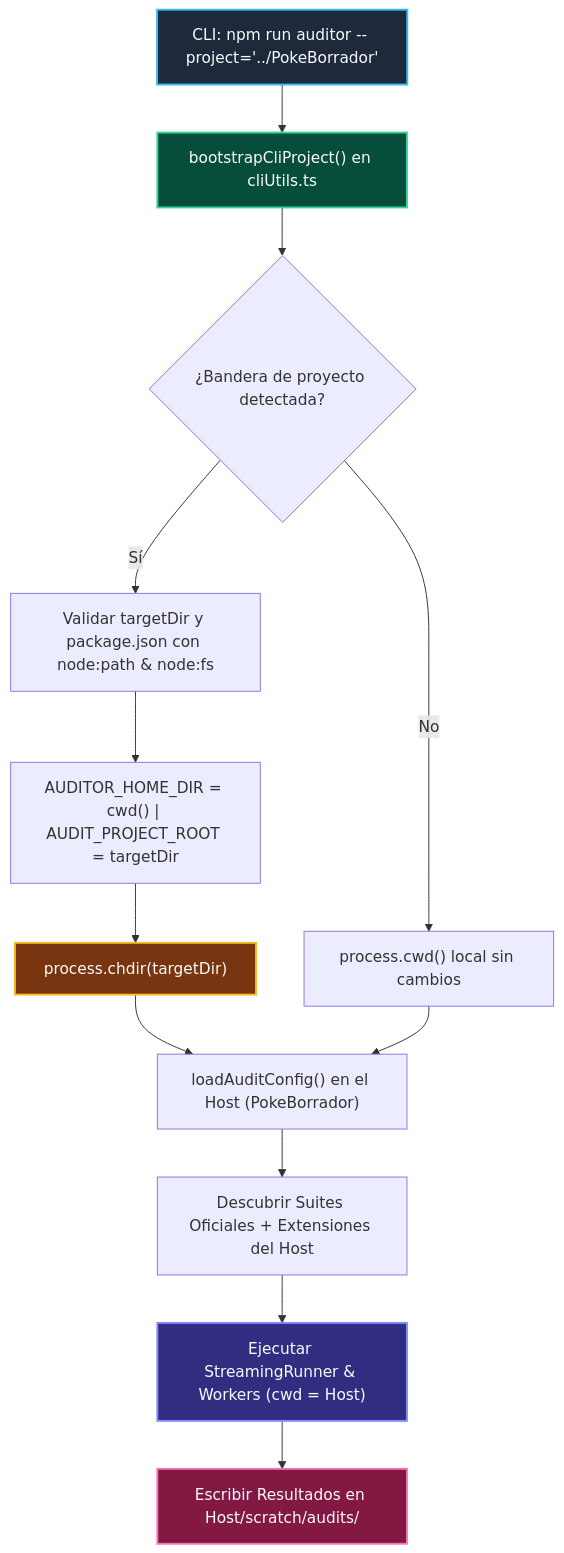
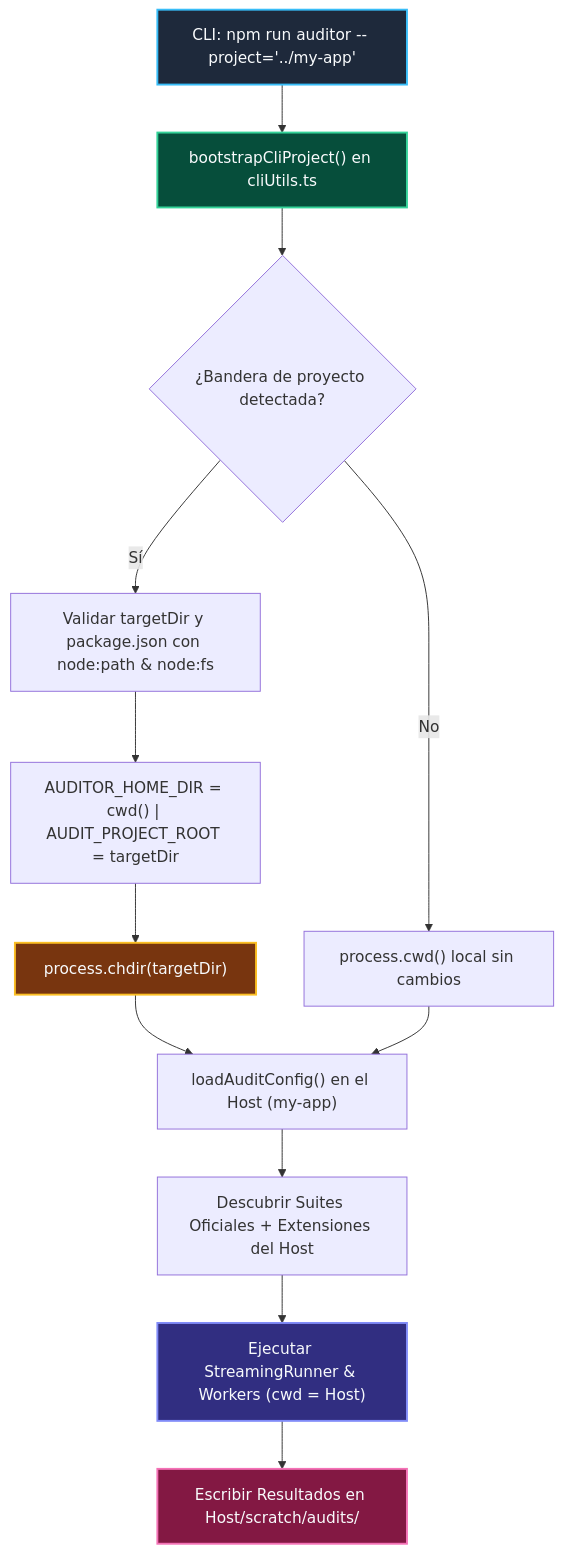
Before and after one commit to francogp/auditor: the diagram in README.md, drawn with Mermaid. The commit also changed other lines of this file and 32 other files, not shown here.

````diff
--- a/README.md
+++ b/README.md
@@ -540,20 +540,20 @@
 ```mermaid
 flowchart TD
-  CLI["CLI: npm run auditor -- project='../PokeBorrador'"] --> B["bootstrapCliProject() en cliUtils.ts"]
+  CLI["CLI: npm run auditor -- project='../my-app'"] --> B["bootstrapCliProject() en cliUtils.ts"]
   B --> C{"¿Bandera de proyecto detectada?"}
   C -- No --> D["process.cwd() local sin cambios"]
   C -- Sí --> E["Validar targetDir y package.json con node:path & node:fs"]
   E --> F["AUDITOR_HOME_DIR = cwd() | AUDIT_PROJECT_ROOT = targetDir"]
   F --> G["process.chdir(targetDir)"]
-  G --> H["loadAuditConfig() en el Host (PokeBorrador)"]
+  G --> H["loadAuditConfig() en el Host (my-app)"]
   D --> H
   H --> I["Descubrir Suites Oficiales + Extensiones del Host"]
   I --> J["Ejecutar StreamingRunner & Workers (cwd = Host)"]
   J --> K["Escribir Resultados en Host/scratch/audits/"]
 
   style CLI fill:#1e293b,stroke:#38bdf8,stroke-width:2px,color:#f8fafc
   style B fill:#064e3b,stroke:#34d399,stroke-width:2px,color:#f8fafc
   style G fill:#78350f,stroke:#fbbf24,stroke-width:2px,color:#f8fafc
   style J fill:#312e81,stroke:#818cf8,stroke-width:2px,color:#f8fafc
   style K fill:#831843,stroke:#f472b6,stroke-width:2px,color:#f8fafc
 ```
````
